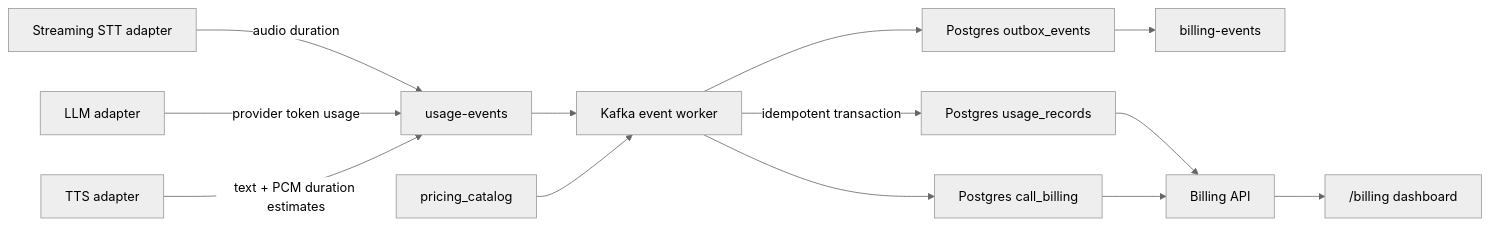
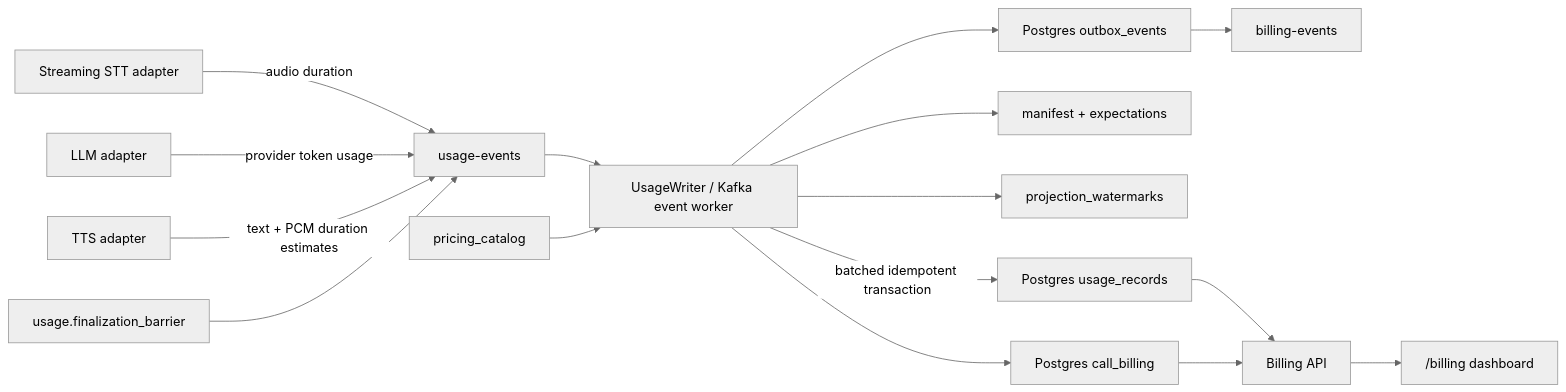
Before and after one commit to sivagirish81/VoiceMesh: the diagram in docs/billing.md, drawn with Mermaid (neutral theme). The commit also changed other lines of this file and 23 other files, not shown here.

````diff
--- a/docs/billing.md
+++ b/docs/billing.md
@@ -9,15 +9,18 @@
 ```mermaid
 flowchart LR
     STT["Streaming STT adapter"] -->|"audio duration"| Usage["usage-events"]
     LLM["LLM adapter"] -->|"provider token usage"| Usage
     TTS["TTS adapter"] -->|"text + PCM duration estimates"| Usage
-    Usage --> Worker["Kafka event worker"]
-    Worker -->|"idempotent transaction"| Records["Postgres usage_records"]
+    Barrier["usage.finalization_barrier"] --> Usage
+    Usage --> Worker["UsageWriter / Kafka event worker"]
+    Worker -->|"batched idempotent transaction"| Records["Postgres usage_records"]
+    Worker --> Manifest["manifest + expectations"]
+    Worker --> Watermark["projection_watermarks"]
     Catalog["pricing_catalog"] --> Worker
     Worker --> Rollup["Postgres call_billing"]
     Worker --> Outbox["Postgres outbox_events"]
     Outbox --> BillingTopic["billing-events"]
     Records --> API["Billing API"]
     Rollup --> API
     API --> Dashboard["/billing dashboard"]
 ```
````
